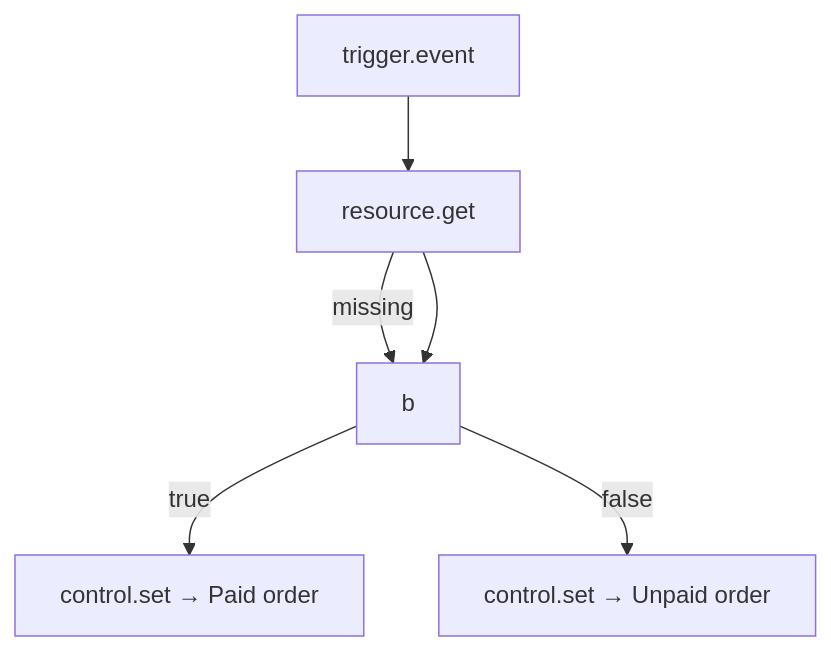
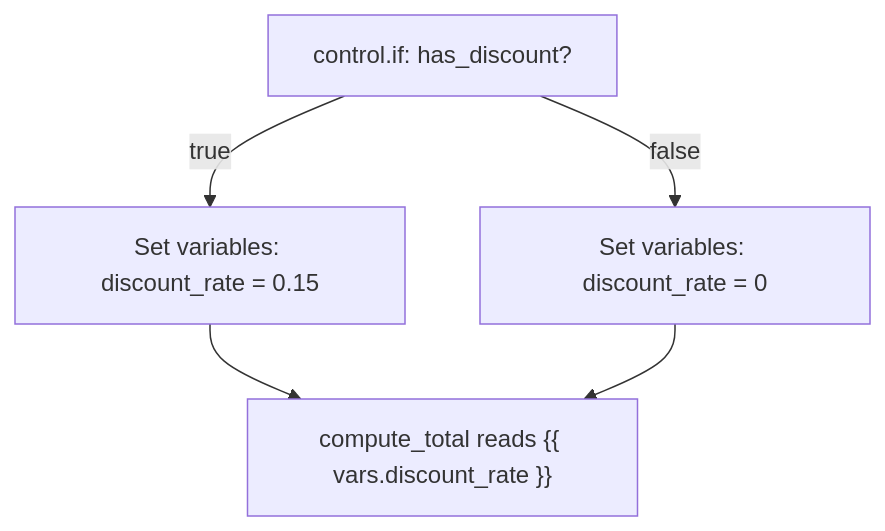
Before and after one commit to sillohq/pawabase: the second of 3 diagrams in apps/docs/flows/state.mdx, drawn with Mermaid. The commit also changed other lines of this file and 128 other files, not shown here.

````diff
--- a/apps/docs/flows/state.mdx
+++ b/apps/docs/flows/state.mdx
@@ -249,8 +277,8 @@
 ```mermaid
 flowchart TB
-  t["trigger.event"] --> a["resource.get"]
-  a -- missing --> b
-  a --> b
-  b -- true --> c["control.set → Paid order"]
-  b -- false --> d["control.set → Unpaid order"]
+  chk["control.if: has_discount?"]
+  chk -- true --> a["Set variables: discount_rate = 0.15"]
+  chk -- false --> b["Set variables: discount_rate = 0"]
+  a --> next["compute_total reads {{ vars.discount_rate }}"]
+  b --> next
 ```
````
